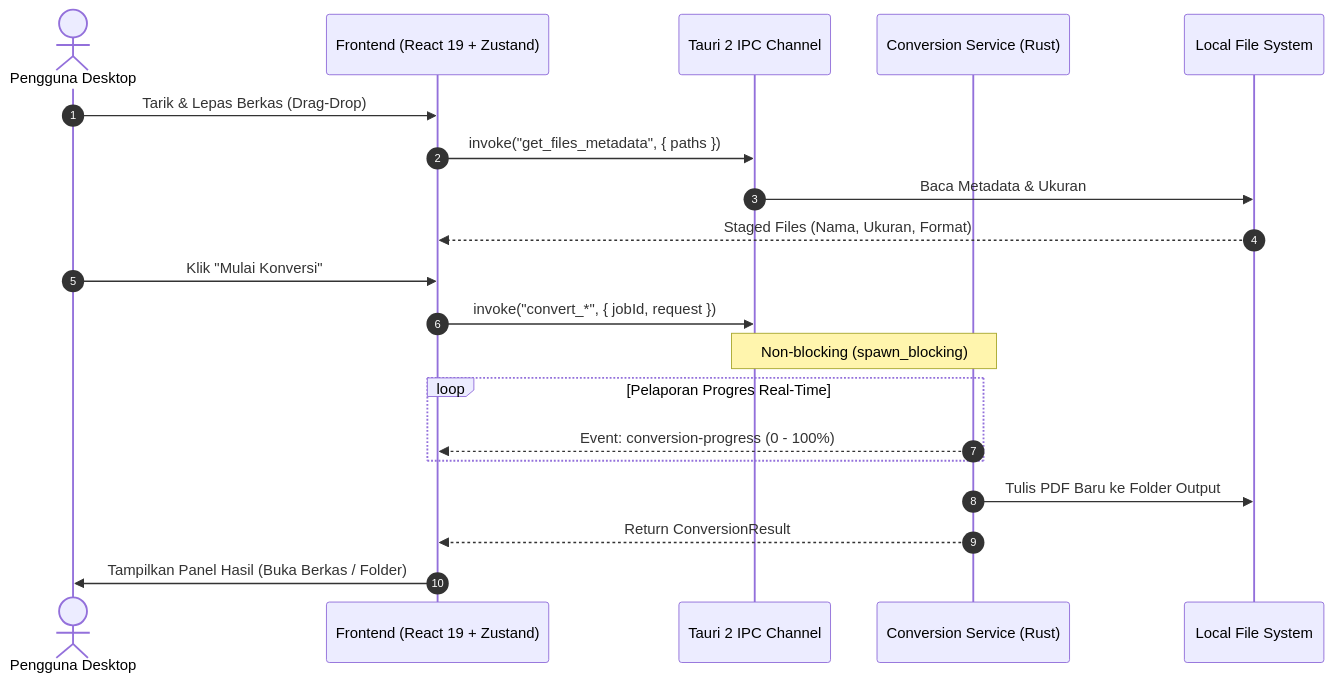
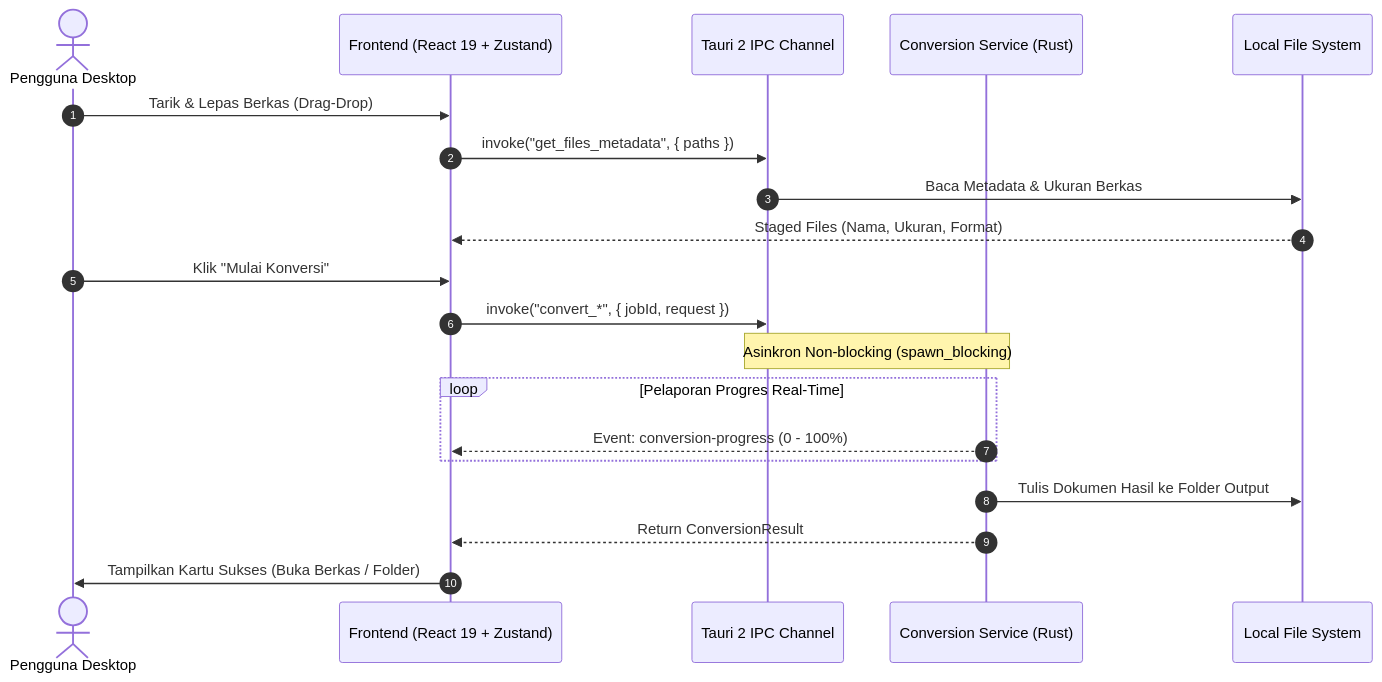
Before and after one commit to aljaffarsyah10/1-Converter-file: the second of 2 diagrams in README.md, drawn with Mermaid. The commit also changed other lines of this file and 7 other files, not shown here.

````diff
--- a/README.md
+++ b/README.md
@@ -101,23 +130,23 @@
 ```mermaid
 sequenceDiagram
     autonumber
     actor User as Pengguna Desktop
     participant UI as Frontend (React 19 + Zustand)
     participant IPC as Tauri 2 IPC Channel
     participant Rust as Conversion Service (Rust)
     participant FS as Local File System
 
     User->>UI: Tarik & Lepas Berkas (Drag-Drop)
     UI->>IPC: invoke("get_files_metadata", { paths })
-    IPC->>FS: Baca Metadata & Ukuran
+    IPC->>FS: Baca Metadata & Ukuran Berkas
     FS-->>UI: Staged Files (Nama, Ukuran, Format)
     User->>UI: Klik "Mulai Konversi"
     UI->>IPC: invoke("convert_*", { jobId, request })
-    Note over IPC,Rust: Non-blocking (spawn_blocking)
+    Note over IPC,Rust: Asinkron Non-blocking (spawn_blocking)
     loop Pelaporan Progres Real-Time
         Rust-->>UI: Event: conversion-progress (0 - 100%)
     end
-    Rust->>FS: Tulis PDF Baru ke Folder Output
+    Rust->>FS: Tulis Dokumen Hasil ke Folder Output
     Rust-->>UI: Return ConversionResult
-    UI->>User: Tampilkan Panel Hasil (Buka Berkas / Folder)
+    UI->>User: Tampilkan Kartu Sukses (Buka Berkas / Folder)
 ```
````
